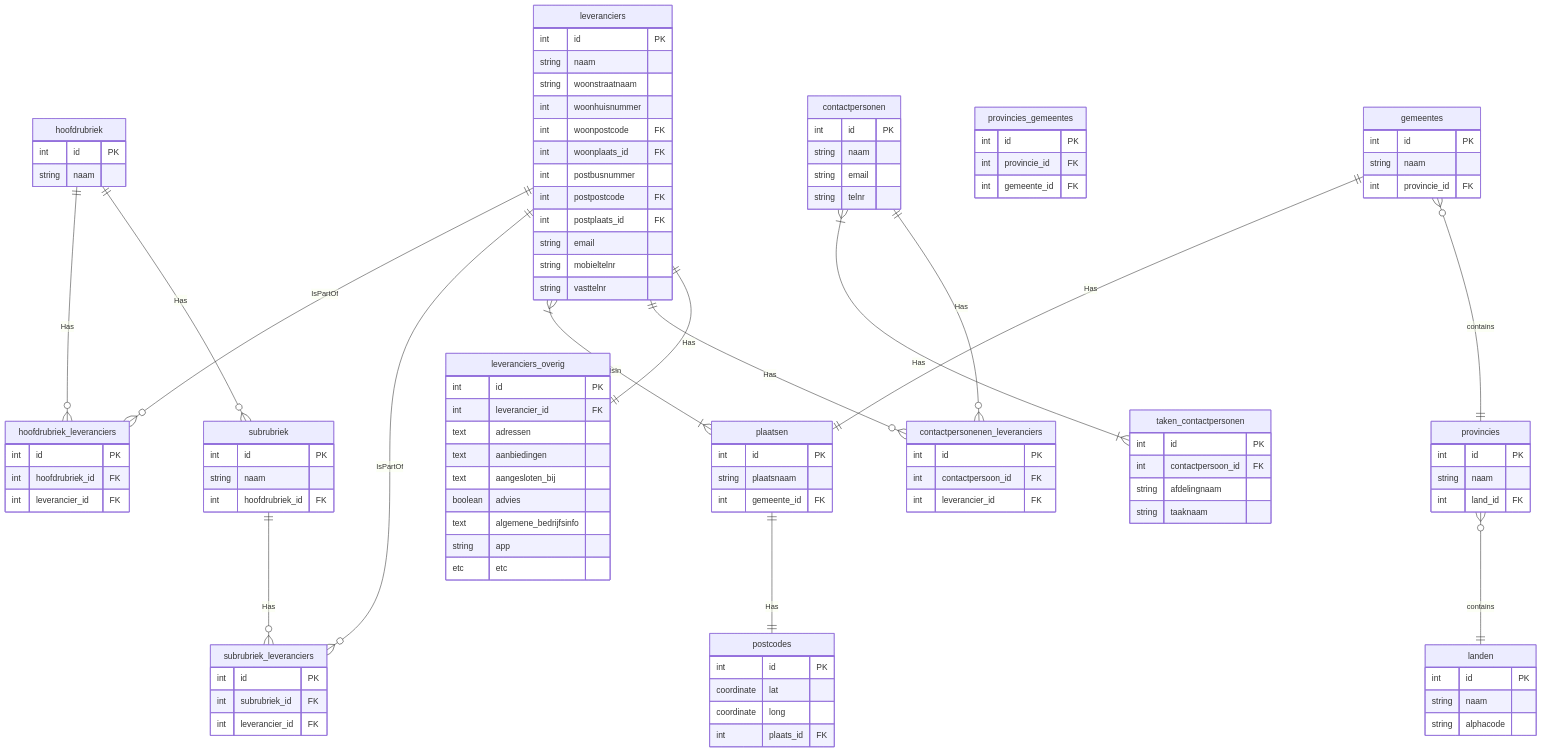
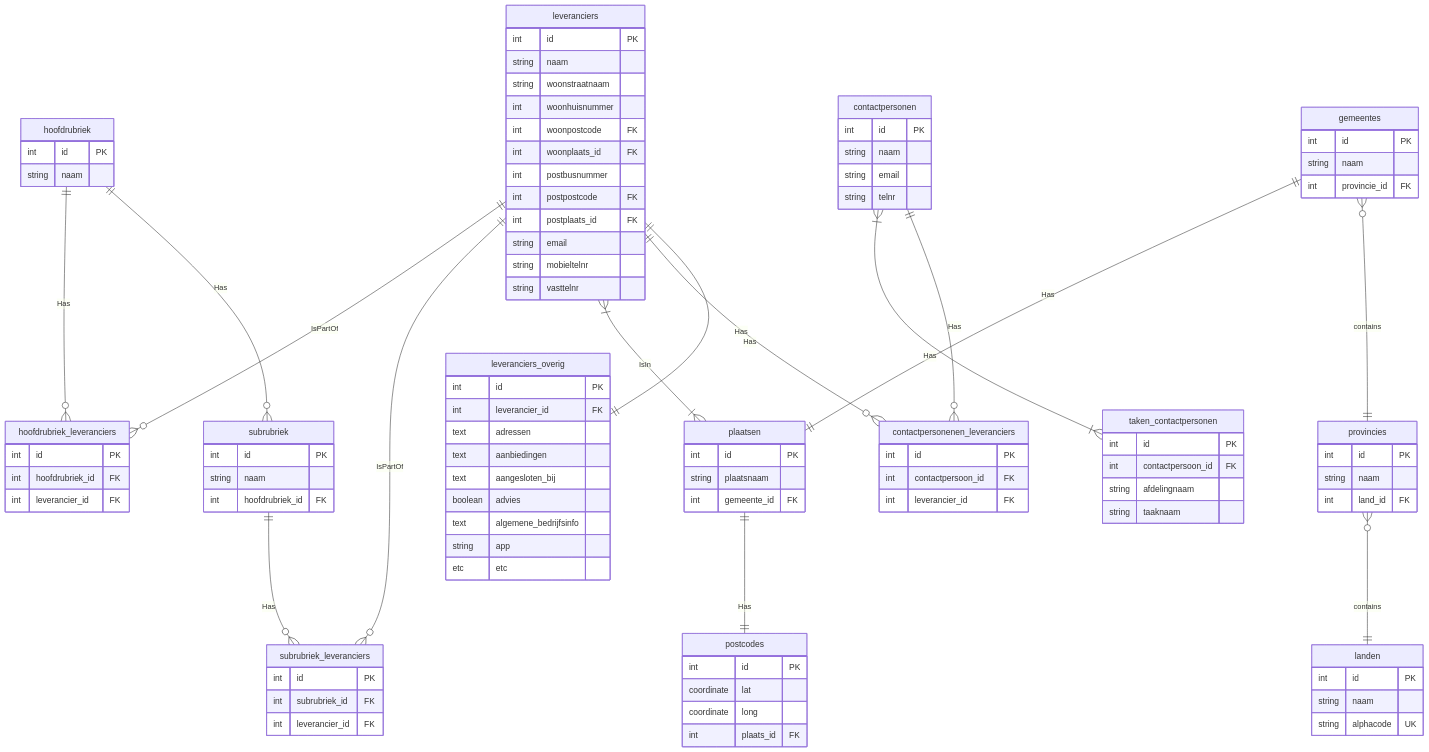
The diagram in relational-data-storage/opdracht-1/opdracht1.md (uknowwho/educom-data-science-1714723739), drawn with Mermaid before and after one commit.

Commit message:
01: opdr 1, issue 2; eindversie leverancier ERD

````diff
--- a/relational-data-storage/opdracht-1/opdracht1.md
+++ b/relational-data-storage/opdracht-1/opdracht1.md
@@ -54,7 +54,7 @@
     landen {
         int id PK
         string naam
-        string alphacode
+        string alphacode UK
     }
 
     provincies }o--|| landen: contains
@@ -69,12 +69,6 @@
         int id PK
         string naam
         int provincie_id FK
-    }
-
-    provincies_gemeentes {
-        int id PK
-        int provincie_id FK
-        int gemeente_id FK
     }
 
     plaatsen ||--|| postcodes: Has
@@ -121,4 +115,5 @@
         string app
         etc etc
     }
+
 ```
````
